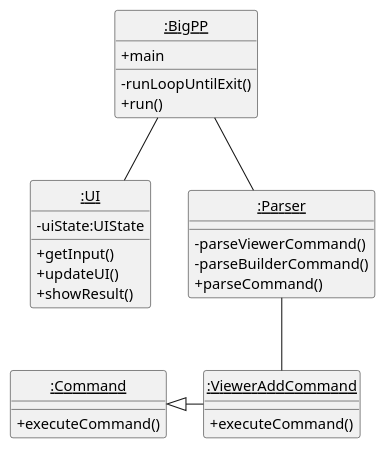
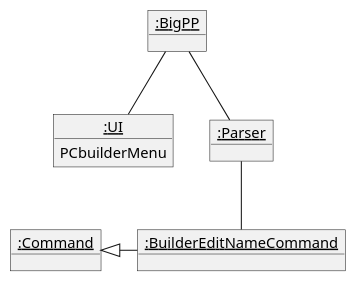
The diagram in docs/uml-source/BuilderNameObjectDiagram.puml (typingpanda/tp), drawn with PlantUML before and after one commit. The commit also changed 2 other files, not shown here.

Commit message:
Fix Object diagram

```diff
--- a/docs/uml-source/BuilderNameObjectDiagram.puml
+++ b/docs/uml-source/BuilderNameObjectDiagram.puml
@@ -1,57 +1,20 @@
 @startuml
 skinparam classAttributeIconSize 0
 
-class "<u>:BigPP</u>" as BigPP
-class "<u>:UI</u>" as UI
-class "<u>:Parser</u>" as Parser
-class "<u>:Command</u>" as Command
-' class "<u>:BuilderEditNameCommand</u>" as BuilderEditNameCommand
-class "<u>:ViewerAddCommand</u>" as ViewerAddCommand 
+object "<u>:BigPP</u>" as BigPP
+object "<u>:UI</u>" as UI
+object "<u>:Parser</u>" as Parser
+object "<u>:Command</u>" as Command
+object "<u>:BuilderEditNameCommand</u>" as BuilderEditNameCommand
+' object "<u>:ViewerAddCommand</u>" as ViewerAddCommand 
 
-class BigPP {
-    +main
-
-    -runLoopUntilExit()
-    +run()
-}
-
-class UI {
-    -uiState:UIState
-
-    +getInput()
-    +updateUI()
-    +showResult()
-}
-
-class Parser {
-
-    -parseViewerCommand()
-    -parseBuilderCommand()
-    +parseCommand()
-}
-
-class Command {
-
-    +executeCommand()
-}
-
-' class BuilderEditNameCommand {
-
-'     +executeCommand()
-' }
-
-class ViewerAddCommand {
-
-    +executeCommand()
-}
+UI : PCbuilderMenu
 
 BigPP -- UI
 BigPP -- Parser
-' Parser -- BuilderEditNameCommand
-Parser -- ViewerAddCommand
-' Command <|-right- BuilderEditNameCommand
-Command <|-right- ViewerAddCommand
-
-hide circle
+Parser -- BuilderEditNameCommand
+' Parser -- ViewerAddCommand
+Command <|-right- BuilderEditNameCommand
+' Command <|-right- ViewerAddCommand
 
 @enduml
```
